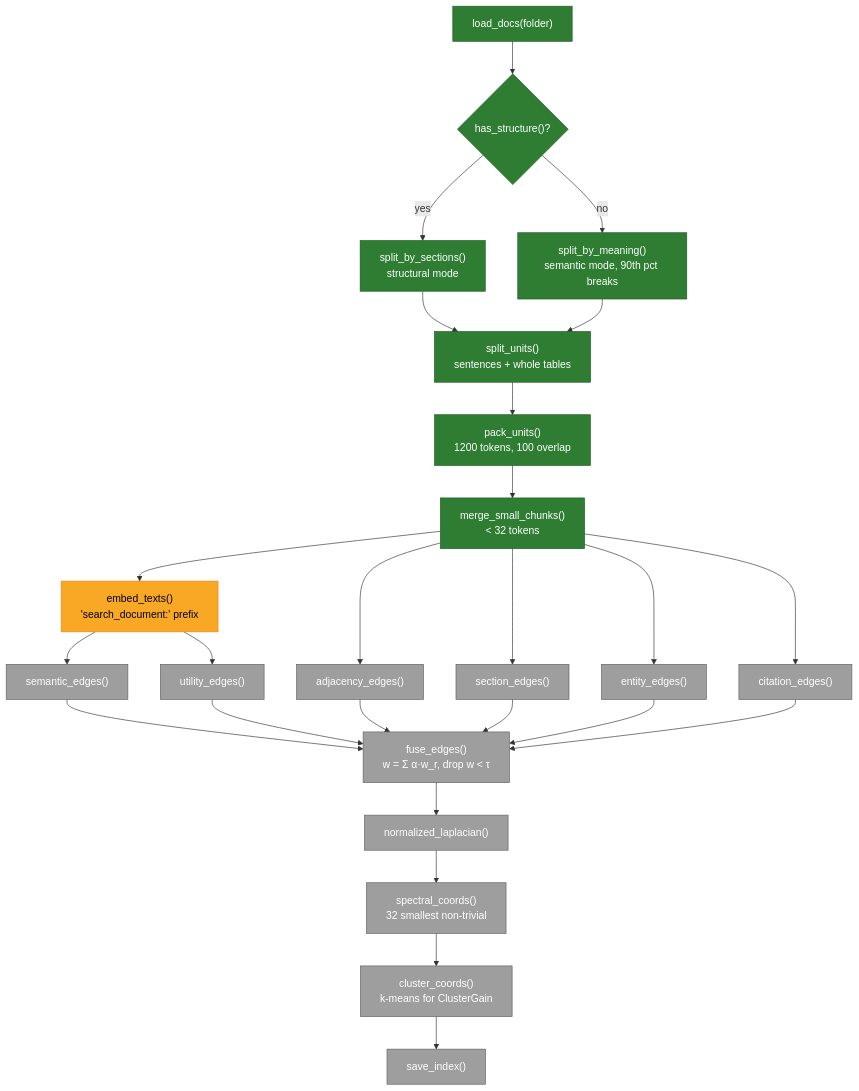
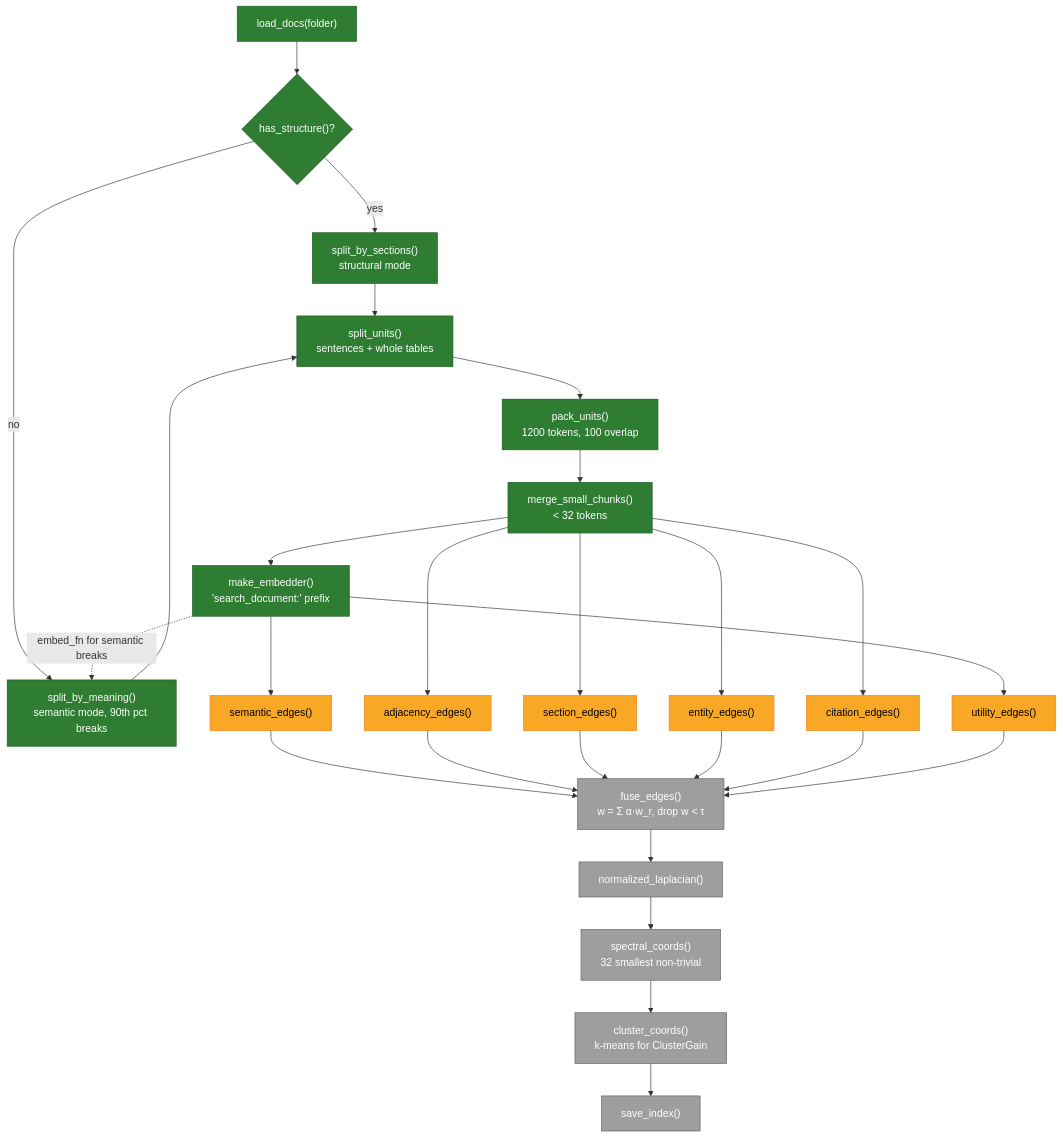
The second of 8 diagrams in README.md (aion7891/Spect-RAG), drawn with Mermaid before and after one commit. The commit also changed other lines of this file and 7 other files, not shown here.

````diff
--- a/README.md
+++ b/README.md
@@ -189,25 +190,26 @@
 ```mermaid
 flowchart TD
     A["load_docs(folder)"]:::done --> B{"has_structure()?"}:::done
     B -- yes --> C["split_by_sections()<br/>structural mode"]:::done
     B -- no --> D["split_by_meaning()<br/>semantic mode, 90th pct breaks"]:::done
     C --> U["split_units()<br/>sentences + whole tables"]:::done
     D --> U
     U --> E["pack_units()<br/>1200 tokens, 100 overlap"]:::done
     E --> F["merge_small_chunks()<br/>&lt; 32 tokens"]:::done
-    F --> G["embed_texts()<br/>'search_document:' prefix"]:::doing
-    G --> H1["semantic_edges()"]:::todo
-    G --> H6["utility_edges()"]:::todo
-    F --> H2["adjacency_edges()"]:::todo
-    F --> H3["section_edges()"]:::todo
-    F --> H4["entity_edges()"]:::todo
-    F --> H5["citation_edges()"]:::todo
+    F --> G["make_embedder()<br/>'search_document:' prefix"]:::done
+    G -. "embed_fn for semantic breaks" .-> D
+    G --> H1["semantic_edges()"]:::doing
+    G --> H6["utility_edges()"]:::doing
+    F --> H2["adjacency_edges()"]:::doing
+    F --> H3["section_edges()"]:::doing
+    F --> H4["entity_edges()"]:::doing
+    F --> H5["citation_edges()"]:::doing
     H1 & H2 & H3 & H4 & H5 & H6 --> I["fuse_edges()<br/>w = Σ α·w_r, drop w &lt; τ"]:::todo
     I --> J["normalized_laplacian()"]:::todo
     J --> K["spectral_coords()<br/>32 smallest non-trivial"]:::todo
     K --> L["cluster_coords()<br/>k-means for ClusterGain"]:::todo
     L --> M["save_index()"]:::todo
     classDef done fill:#2e7d32,color:#fff,stroke:#1b5e20
     classDef doing fill:#f9a825,color:#000,stroke:#f57f17
     classDef todo fill:#9e9e9e,color:#fff,stroke:#616161
 ```
````
